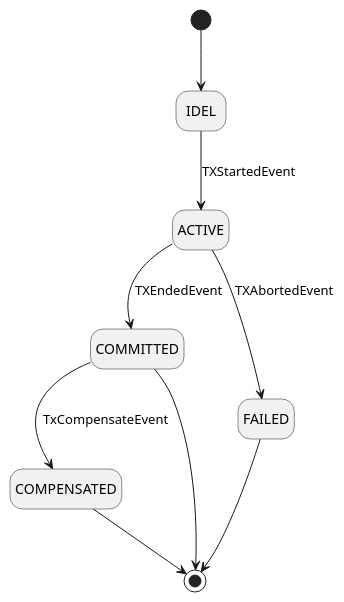
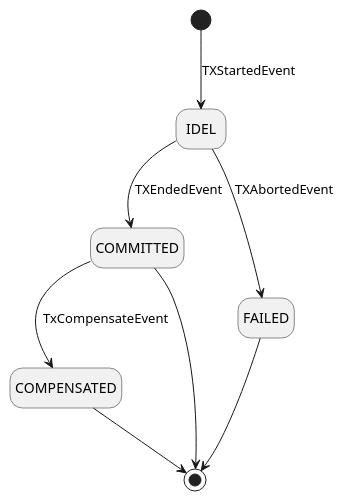
One commit to coolbeevip/playground changed the diagram in state_machine_demo/saga-akkafsm/plantuml/TxStateMachine.puml. Above: the diagram before and after it, drawn with PlantUML. The commit also changed 11 other files, not shown here.

Commit message:
增加场景时序图

```diff
--- a/state_machine_demo/saga-akkafsm/plantuml/TxStateMachine.puml
+++ b/state_machine_demo/saga-akkafsm/plantuml/TxStateMachine.puml
@@ -1,13 +1,12 @@
 @startuml
 hide empty description
 
-[*] --> IDEL
-IDEL --> ACTIVE : TXStartedEvent
-ACTIVE --> COMMITTED : TXEndedEvent
-ACTIVE --> FAILED : TXAbortedEvent
+[*] --> IDEL : TXStartedEvent
+IDEL --> COMMITTED : TXEndedEvent
+IDEL --> FAILED : TXAbortedEvent
 COMMITTED --> COMPENSATED : TxCompensateEvent
 COMMITTED --> [*]
 FAILED --> [*]
 COMPENSATED --> [*]
 
 @enduml
```
